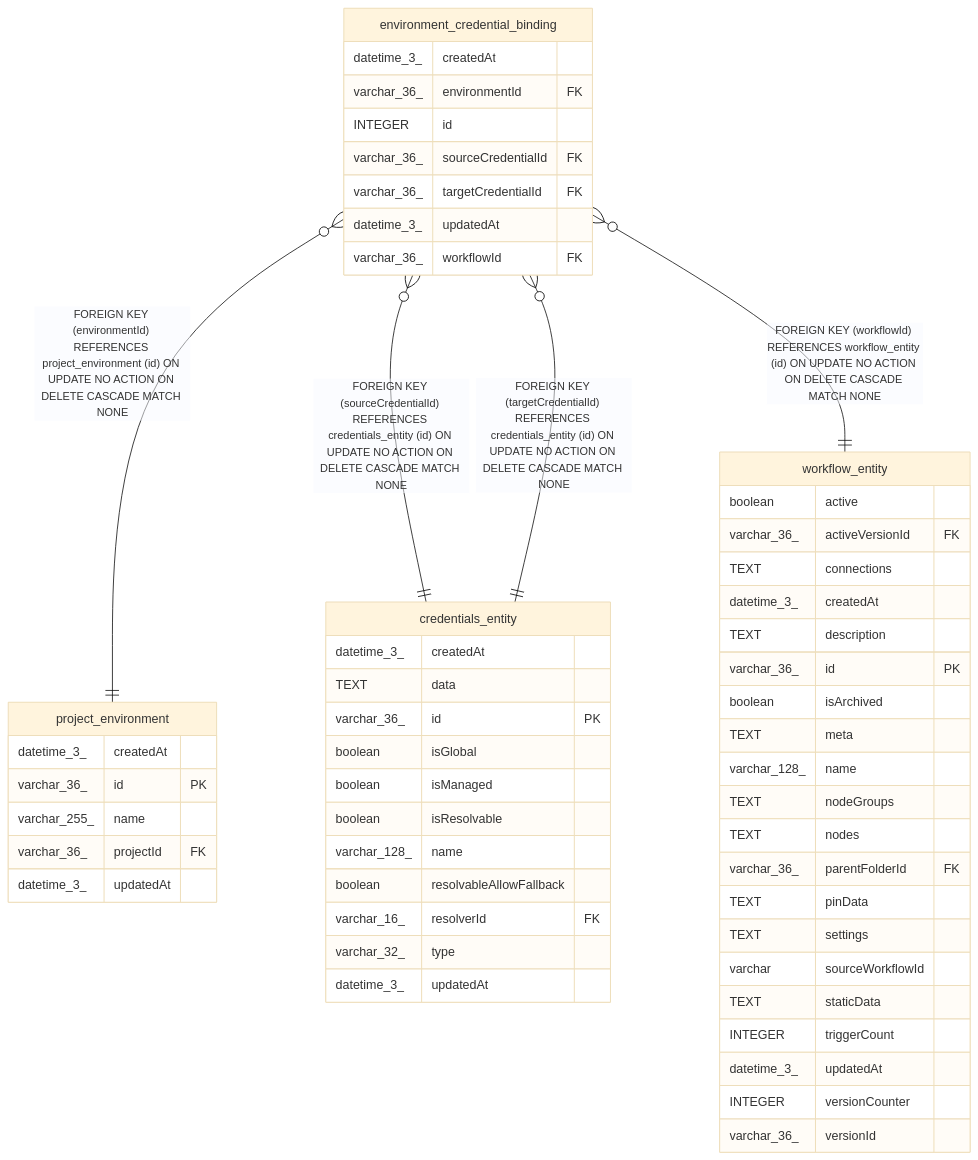
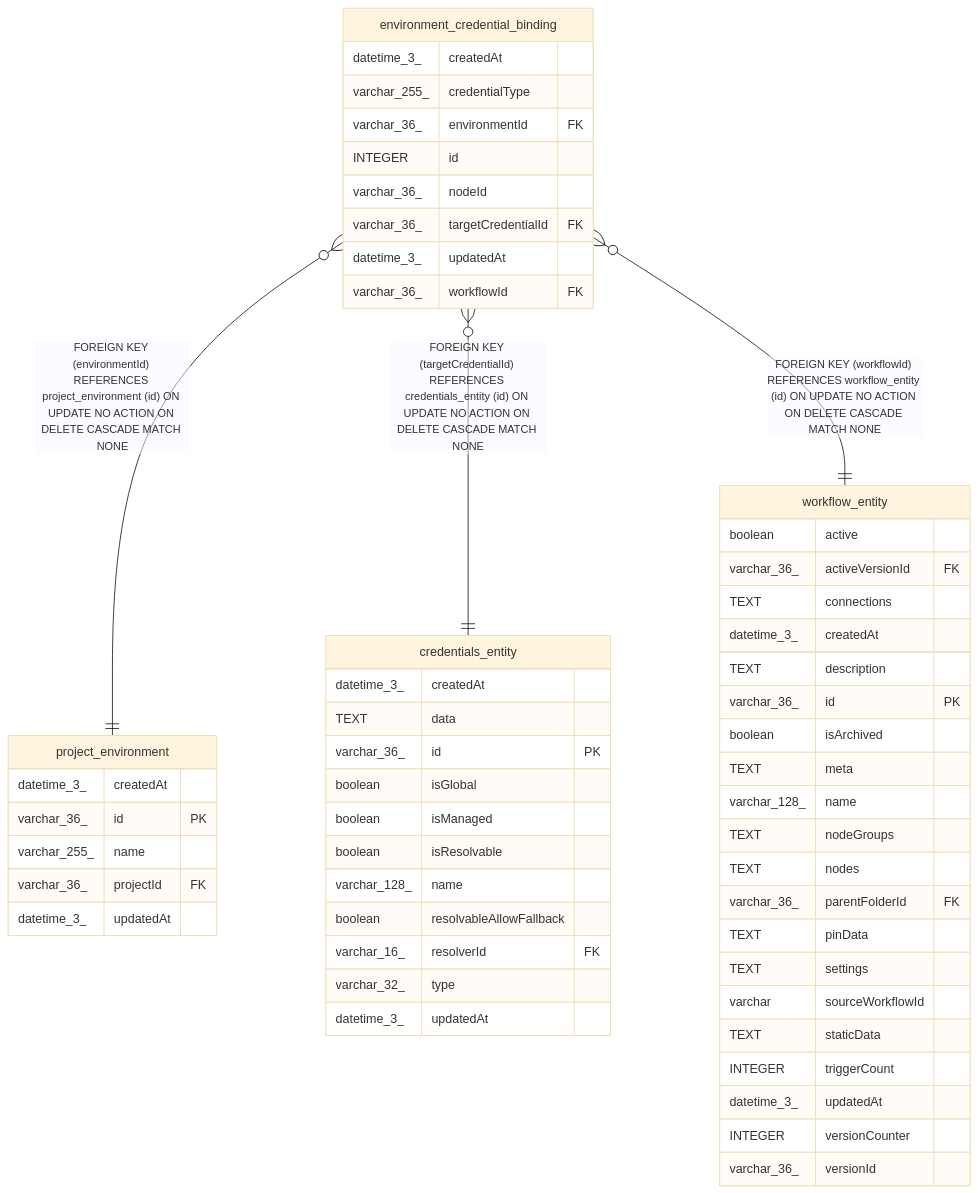
One commit to mayankjain1815-commits/n8n changed the diagram in docs/generated/sqlite-schema/environment_credential_binding.md. Above: the diagram before and after it, drawn with Mermaid (base theme). The commit also changed other lines of this file and 18 other files, not shown here.

Commit message:
One-shot nodeId discriminator for credential bindings

````diff
--- a/docs/generated/sqlite-schema/environment_credential_binding.md
+++ b/docs/generated/sqlite-schema/environment_credential_binding.md
@@ -45,60 +45,60 @@
 ```mermaid
 erDiagram
 
 "environment_credential_binding" }o--|| "project_environment" : "FOREIGN KEY (environmentId) REFERENCES project_environment (id) ON UPDATE NO ACTION ON DELETE CASCADE MATCH NONE"
-"environment_credential_binding" }o--|| "credentials_entity" : "FOREIGN KEY (sourceCredentialId) REFERENCES credentials_entity (id) ON UPDATE NO ACTION ON DELETE CASCADE MATCH NONE"
 "environment_credential_binding" }o--|| "credentials_entity" : "FOREIGN KEY (targetCredentialId) REFERENCES credentials_entity (id) ON UPDATE NO ACTION ON DELETE CASCADE MATCH NONE"
 "environment_credential_binding" }o--|| "workflow_entity" : "FOREIGN KEY (workflowId) REFERENCES workflow_entity (id) ON UPDATE NO ACTION ON DELETE CASCADE MATCH NONE"
 
 "environment_credential_binding" {
   datetime_3_ createdAt
+  varchar_255_ credentialType
   varchar_36_ environmentId FK
   INTEGER id
-  varchar_36_ sourceCredentialId FK
+  varchar_36_ nodeId
   varchar_36_ targetCredentialId FK
   datetime_3_ updatedAt
   varchar_36_ workflowId FK
 }
 "project_environment" {
   datetime_3_ createdAt
   varchar_36_ id PK
   varchar_255_ name
   varchar_36_ projectId FK
   datetime_3_ updatedAt
 }
 "credentials_entity" {
   datetime_3_ createdAt
   TEXT data
   varchar_36_ id PK
   boolean isGlobal
   boolean isManaged
   boolean isResolvable
   varchar_128_ name
   boolean resolvableAllowFallback
   varchar_16_ resolverId FK
   varchar_32_ type
   datetime_3_ updatedAt
 }
 "workflow_entity" {
   boolean active
   varchar_36_ activeVersionId FK
   TEXT connections
   datetime_3_ createdAt
   TEXT description
   varchar_36_ id PK
   boolean isArchived
   TEXT meta
   varchar_128_ name
   TEXT nodeGroups
   TEXT nodes
   varchar_36_ parentFolderId FK
   TEXT pinData
   TEXT settings
   varchar sourceWorkflowId
   TEXT staticData
   INTEGER triggerCount
   datetime_3_ updatedAt
   INTEGER versionCounter
   varchar_36_ versionId
 }
 ```
````
